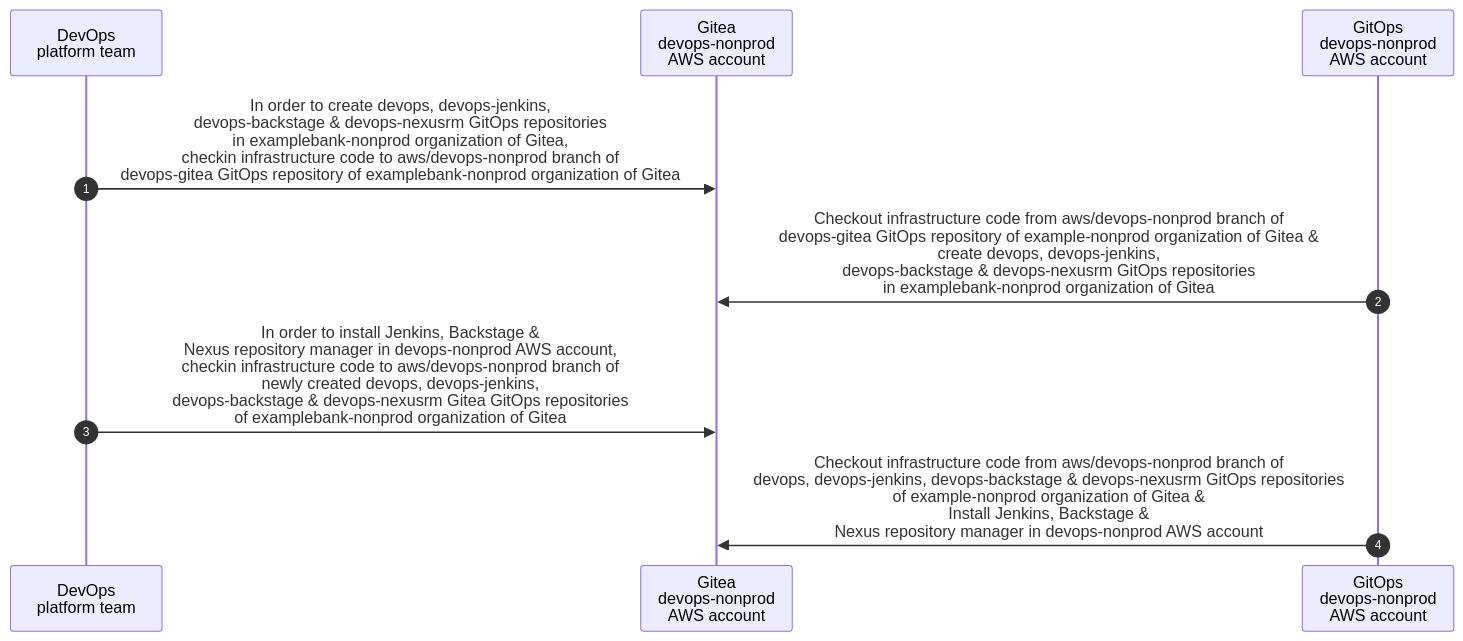
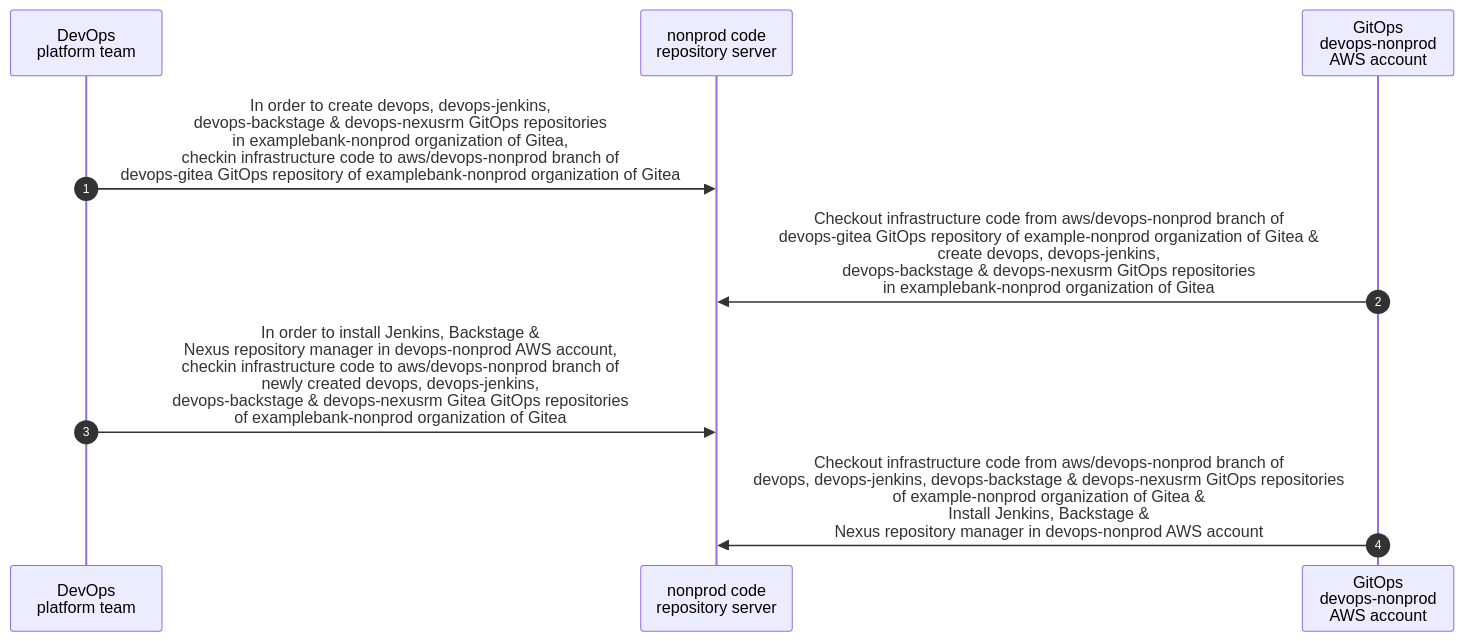
One commit to devopscodegen/architecture changed the eighth of 9 diagrams in docs/pages/docs/design.md. Above: the diagram before and after it, drawn with Mermaid. The commit also changed other lines of this file, not shown here.

````diff
--- a/docs/pages/docs/design.md
+++ b/docs/pages/docs/design.md
@@ -506,11 +506,11 @@
 ```mermaid
 sequenceDiagram
   autonumber
   participant devops_platform_team as DevOps<br>platform team
-  participant gitea_devops_nonprod_aws_account as Gitea<br>devops-nonprod <br>AWS account
+  participant nonprod_code_repository_server as nonprod code <br>repository server
   participant gitops_devops_nonprod_aws_account as GitOps<br>devops-nonprod <br>AWS account
-  devops_platform_team->>gitea_devops_nonprod_aws_account : In order to create devops, devops-jenkins, <br>devops-backstage & devops-nexusrm GitOps repositories <br>in examplebank-nonprod organization of Gitea,<br> checkin infrastructure code to aws/devops-nonprod branch of <br>devops-gitea GitOps repository of examplebank-nonprod organization of Gitea
-  gitops_devops_nonprod_aws_account->>gitea_devops_nonprod_aws_account : Checkout infrastructure code from aws/devops-nonprod branch of <br>devops-gitea GitOps repository of example-nonprod organization of Gitea &<br> create devops, devops-jenkins,<br> devops-backstage & devops-nexusrm GitOps repositories <br>in examplebank-nonprod organization of Gitea
-  devops_platform_team->>gitea_devops_nonprod_aws_account : In order to install Jenkins, Backstage &<br> Nexus repository manager in devops-nonprod AWS account,<br> checkin infrastructure code to aws/devops-nonprod branch of <br>newly created devops, devops-jenkins,<br> devops-backstage & devops-nexusrm Gitea GitOps repositories<br> of examplebank-nonprod organization of Gitea
-  gitops_devops_nonprod_aws_account->>gitea_devops_nonprod_aws_account : Checkout infrastructure code from aws/devops-nonprod branch of <br>devops, devops-jenkins, devops-backstage & devops-nexusrm GitOps repositories<br> of example-nonprod organization of Gitea &<br>Install Jenkins, Backstage &<br> Nexus repository manager in devops-nonprod AWS account
+  devops_platform_team->>nonprod_code_repository_server : In order to create devops, devops-jenkins, <br>devops-backstage & devops-nexusrm GitOps repositories <br>in examplebank-nonprod organization of Gitea,<br> checkin infrastructure code to aws/devops-nonprod branch of <br>devops-gitea GitOps repository of examplebank-nonprod organization of Gitea
+  gitops_devops_nonprod_aws_account->>nonprod_code_repository_server : Checkout infrastructure code from aws/devops-nonprod branch of <br>devops-gitea GitOps repository of example-nonprod organization of Gitea &<br> create devops, devops-jenkins,<br> devops-backstage & devops-nexusrm GitOps repositories <br>in examplebank-nonprod organization of Gitea
+  devops_platform_team->>nonprod_code_repository_server : In order to install Jenkins, Backstage &<br> Nexus repository manager in devops-nonprod AWS account,<br> checkin infrastructure code to aws/devops-nonprod branch of <br>newly created devops, devops-jenkins,<br> devops-backstage & devops-nexusrm Gitea GitOps repositories<br> of examplebank-nonprod organization of Gitea
+  gitops_devops_nonprod_aws_account->>nonprod_code_repository_server : Checkout infrastructure code from aws/devops-nonprod branch of <br>devops, devops-jenkins, devops-backstage & devops-nexusrm GitOps repositories<br> of example-nonprod organization of Gitea &<br>Install Jenkins, Backstage &<br> Nexus repository manager in devops-nonprod AWS account
 ```
````
